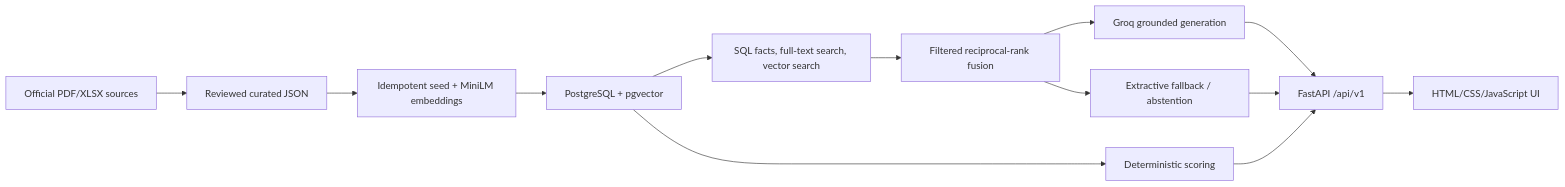
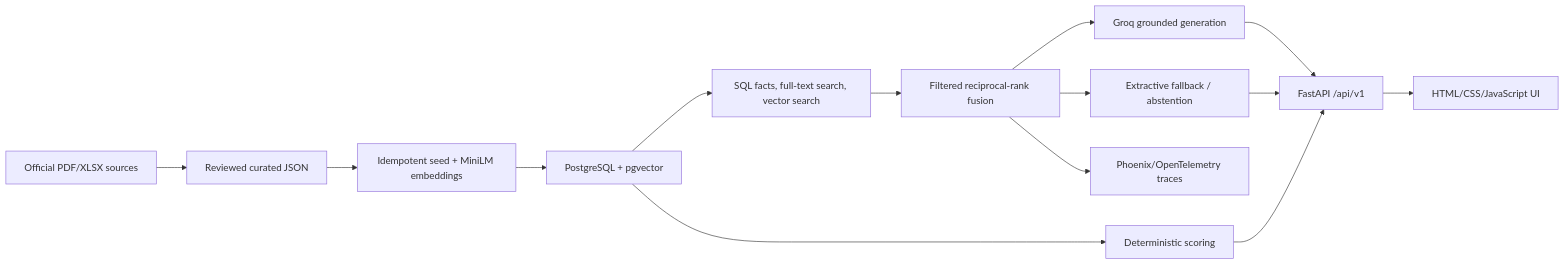
One commit to HassanSardar525/GPIS changed the diagram in README.md. Above: the diagram before and after it, drawn with Mermaid. The commit also changed other lines of this file and 22 other files, not shown here.

````diff
--- a/README.md
+++ b/README.md
@@ -7,15 +7,16 @@
 ```mermaid
 flowchart LR
     S["Official PDF/XLSX sources"] --> J["Reviewed curated JSON"]
     J --> I["Idempotent seed + MiniLM embeddings"]
     I --> P["PostgreSQL + pgvector"]
     P --> Q["SQL facts, full-text search, vector search"]
     Q --> R["Filtered reciprocal-rank fusion"]
     R --> G["Groq grounded generation"]
     R --> F["Extractive fallback / abstention"]
+    R --> X["Phoenix/OpenTelemetry traces"]
     G --> A["FastAPI /api/v1"]
     F --> A
     P --> D["Deterministic scoring"]
     D --> A
     A --> U["HTML/CSS/JavaScript UI"]
 ```
````
